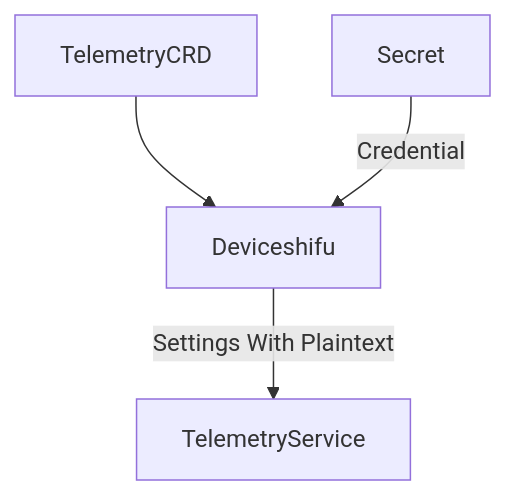
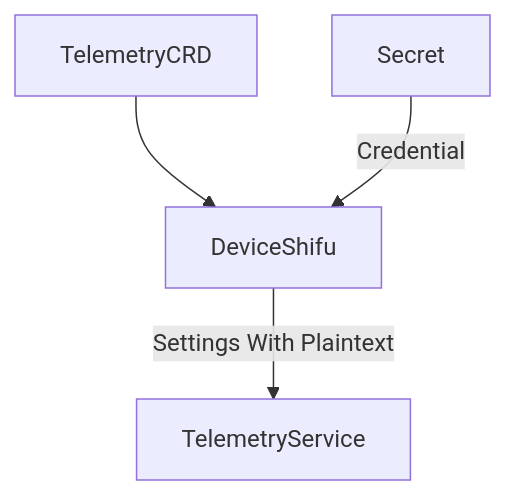
The first of 2 diagrams in docs/design/shifu-framework/telemetry-secret.md (Edgenesis/shifu), drawn with Mermaid before and after one commit. The commit also changed other lines of this file and 4 other files, not shown here.

Commit message:
add minio telemetry service document

````diff
--- a/docs/design/shifu-framework/telemetry-secret.md
+++ b/docs/design/shifu-framework/telemetry-secret.md
@@ -5,6 +5,6 @@
 ```mermaid
 graph TD;
-TelemetryCRD --> Deviceshifu
-Deviceshifu -->|Settings With Plaintext| TelemetryService
-Secret -->|Credential| Deviceshifu
+TelemetryCRD --> DeviceShifu
+DeviceShifu -->|Settings With Plaintext| TelemetryService
+Secret -->|Credential| DeviceShifu
 ```
````
